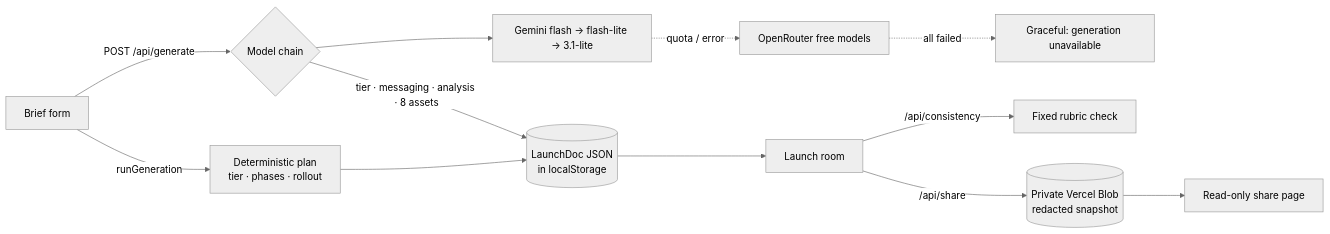
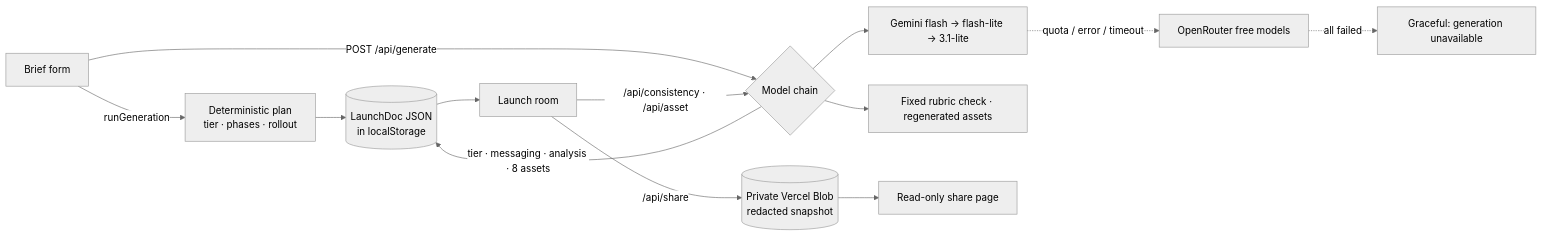
One commit to irenekotovich-rgb/launchos changed the diagram in README.md. Above: the diagram before and after it, drawn with Mermaid (neutral theme). The commit also changed other lines of this file and 5 other files, not shown here.

Commit message:
fix: link every caught issue to its PR; precise process claims; README QA list and diagram

````diff
--- a/README.md
+++ b/README.md
@@ -29,14 +29,15 @@
 ```mermaid
 flowchart LR
   B[Brief form] -->|runGeneration| P[Deterministic plan<br/>tier · phases · rollout]
   B -->|POST /api/generate| G{Model chain}
   G --> M1[Gemini flash → flash-lite → 3.1-lite]
-  M1 -.quota / error.-> M2[OpenRouter free models]
+  M1 -.quota / error / timeout.-> M2[OpenRouter free models]
   M2 -.all failed.-> U[Graceful: generation unavailable]
   G -->|tier · messaging · analysis · 8 assets| D[(LaunchDoc JSON<br/>in localStorage)]
   P --> D
   D --> R[Launch room]
-  R -->|/api/consistency| C[Fixed rubric check]
+  R -->|/api/consistency · /api/asset| G
+  G --> C[Fixed rubric check · regenerated assets]
   R -->|/api/share| S[(Private Vercel Blob<br/>redacted snapshot)]
   S --> V[Read-only share page]
 ```
````
